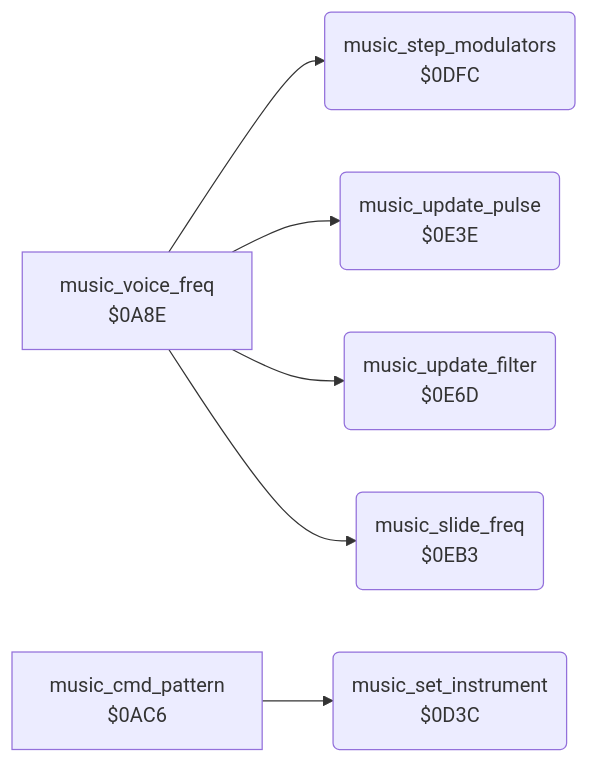
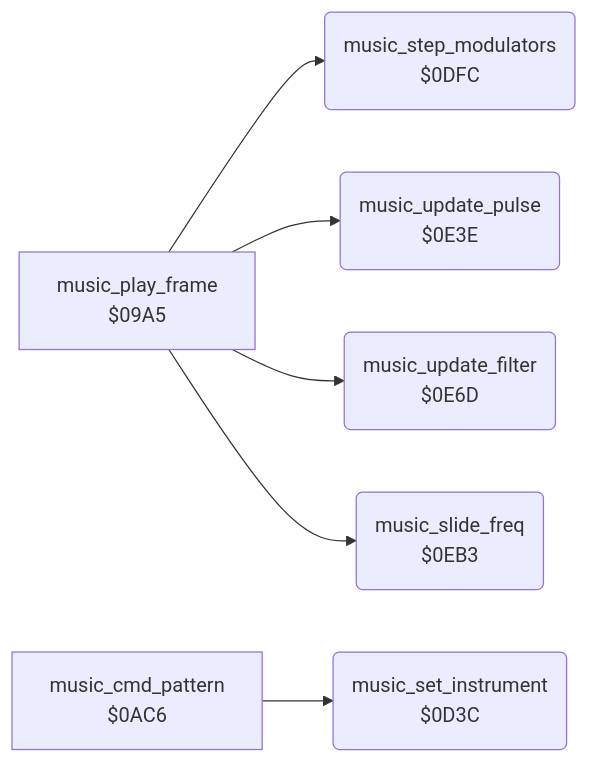
The diagram in exploding_fist/v2/docs/reference/modules/music/music_effects.md (henols/c64_games), drawn with Mermaid before and after one commit. The commit also changed other lines of this file and 319 other files, not shown here.

````diff
--- a/exploding_fist/v2/docs/reference/modules/music/music_effects.md
+++ b/exploding_fist/v2/docs/reference/modules/music/music_effects.md
@@ -10,15 +20,15 @@
 ```mermaid
 flowchart LR
-  n0a8e["music_voice_freq<br/>$0A8E"]
+  n09a5["music_play_frame<br/>$09A5"]
   n0ac6["music_cmd_pattern<br/>$0AC6"]
   n0d3c("music_set_instrument<br/>$0D3C")
   n0dfc("music_step_modulators<br/>$0DFC")
   n0e3e("music_update_pulse<br/>$0E3E")
   n0e6d("music_update_filter<br/>$0E6D")
   n0eb3("music_slide_freq<br/>$0EB3")
-  n0a8e --> n0dfc
-  n0a8e --> n0e3e
-  n0a8e --> n0e6d
-  n0a8e --> n0eb3
+  n09a5 --> n0dfc
+  n09a5 --> n0e3e
+  n09a5 --> n0e6d
+  n09a5 --> n0eb3
   n0ac6 --> n0d3c
 ```
````
